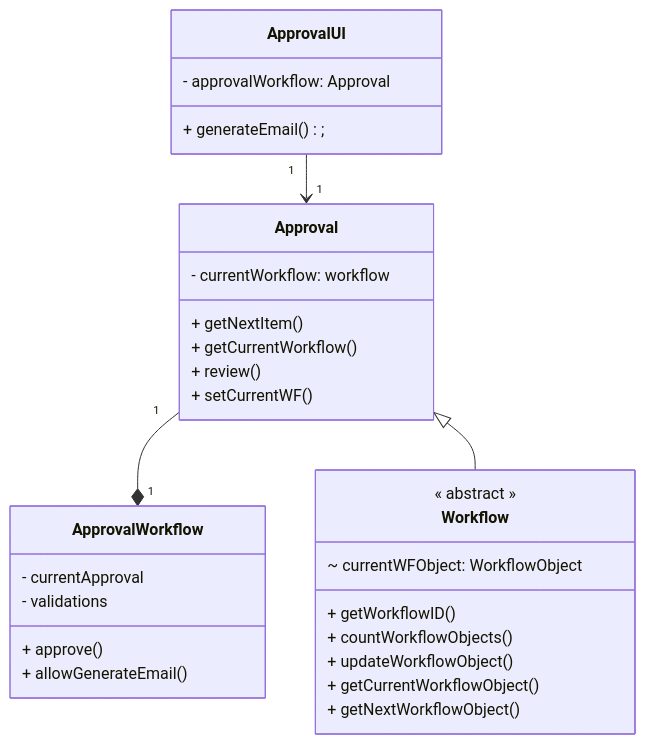
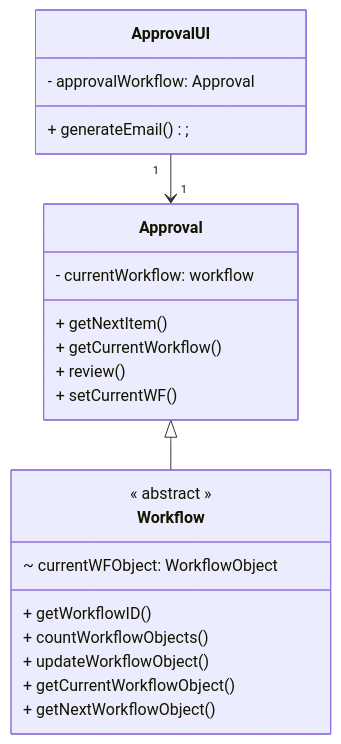
The diagram in docs/Approval.md (tpfahy/CS321), drawn with Mermaid before and after one commit.

Commit message:
Fixed a small change, dont know how to use --amend yet, for the third time

````diff
--- a/docs/Approval.md
+++ b/docs/Approval.md
@@ -1,39 +1,30 @@
 ```mermaid
 classDiagram
 class Approval {
     - currentWorkflow: workflow
 
     + getNextItem()
     + getCurrentWorkflow()
     + review()
     + setCurrentWF()
 }
 
-class ApprovalWorkflow {
-    - currentApproval
-    - validations
-
-    + approve()
-    + allowGenerateEmail()
-
-}
 
 class Workflow {
     << abstract >>
     ~ currentWFObject: WorkflowObject
     + getWorkflowID()
     + countWorkflowObjects()
     + updateWorkflowObject()
     + getCurrentWorkflowObject()
     + getNextWorkflowObject()
 }
 
 class ApprovalUI {
     - approvalWorkflow: Approval
     + generateEmail();
 }
 
-Approval "1" --* "1" ApprovalWorkflow
 Approval  <|-- Workflow
 ApprovalUI "1" --> "1" Approval
 ```
````
